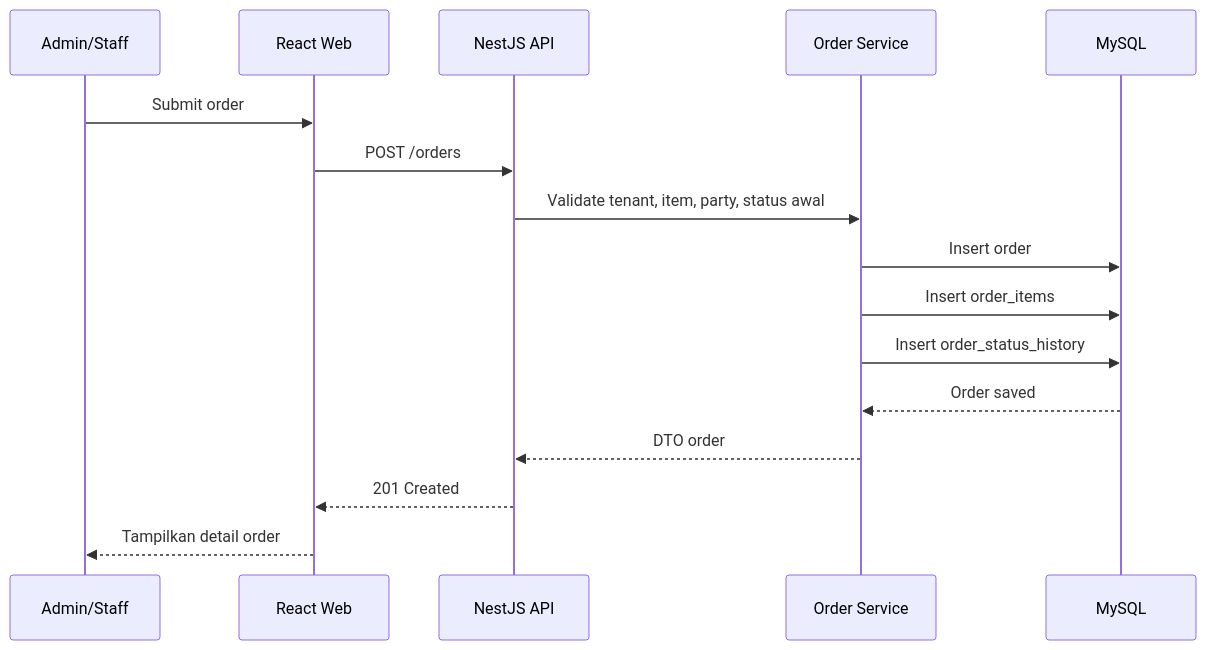
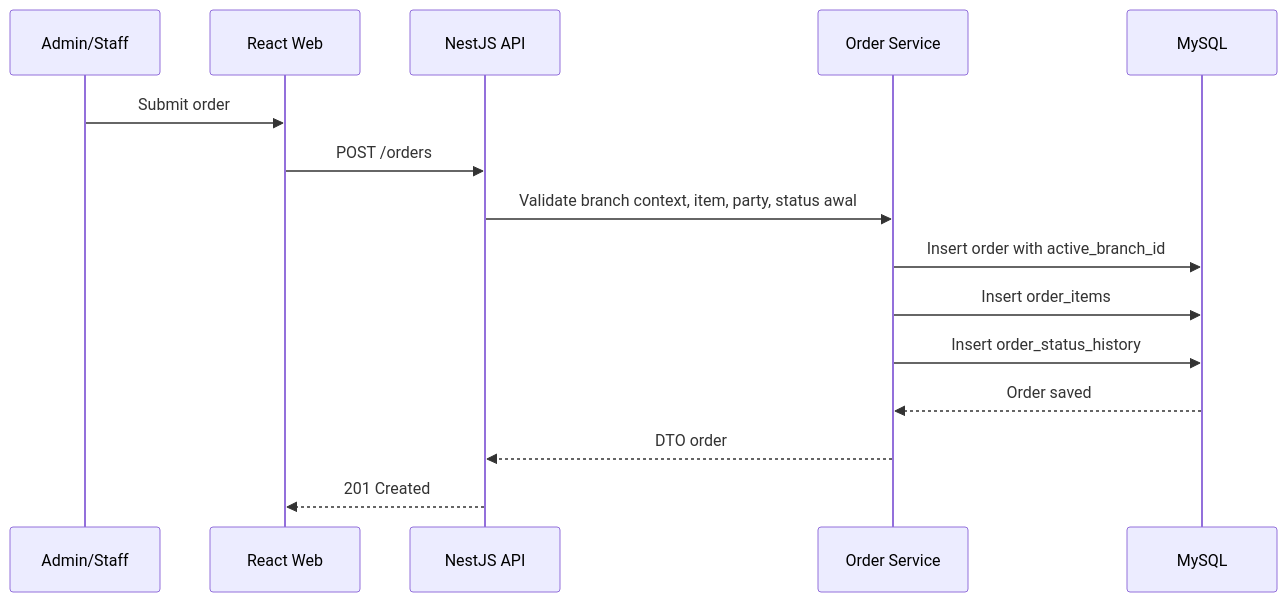
One commit to DimasPrasetio/mini-erp changed the third of 11 diagrams in SYSTEM_FLOW.md. Above: the diagram before and after it, drawn with Mermaid. The commit also changed other lines of this file and 10 other files, not shown here.

````diff
--- a/SYSTEM_FLOW.md
+++ b/SYSTEM_FLOW.md
@@ -83,19 +79,18 @@
 ```mermaid
 sequenceDiagram
     participant U as Admin/Staff
     participant W as React Web
     participant API as NestJS API
     participant O as Order Service
     participant DB as MySQL
 
     U->>W: Submit order
     W->>API: POST /orders
-    API->>O: Validate tenant, item, party, status awal
-    O->>DB: Insert order
+    API->>O: Validate branch context, item, party, status awal
+    O->>DB: Insert order with active_branch_id
     O->>DB: Insert order_items
     O->>DB: Insert order_status_history
     DB-->>O: Order saved
     O-->>API: DTO order
     API-->>W: 201 Created
-    W-->>U: Tampilkan detail order
 ```
````
